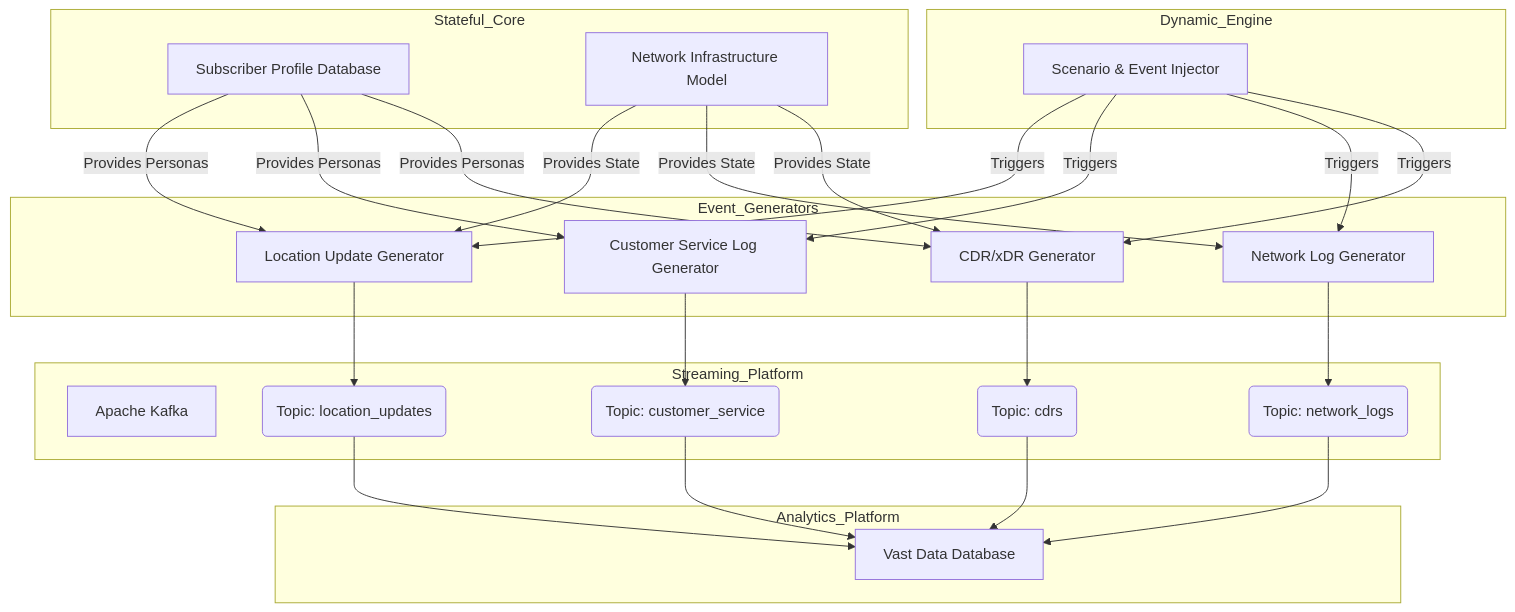
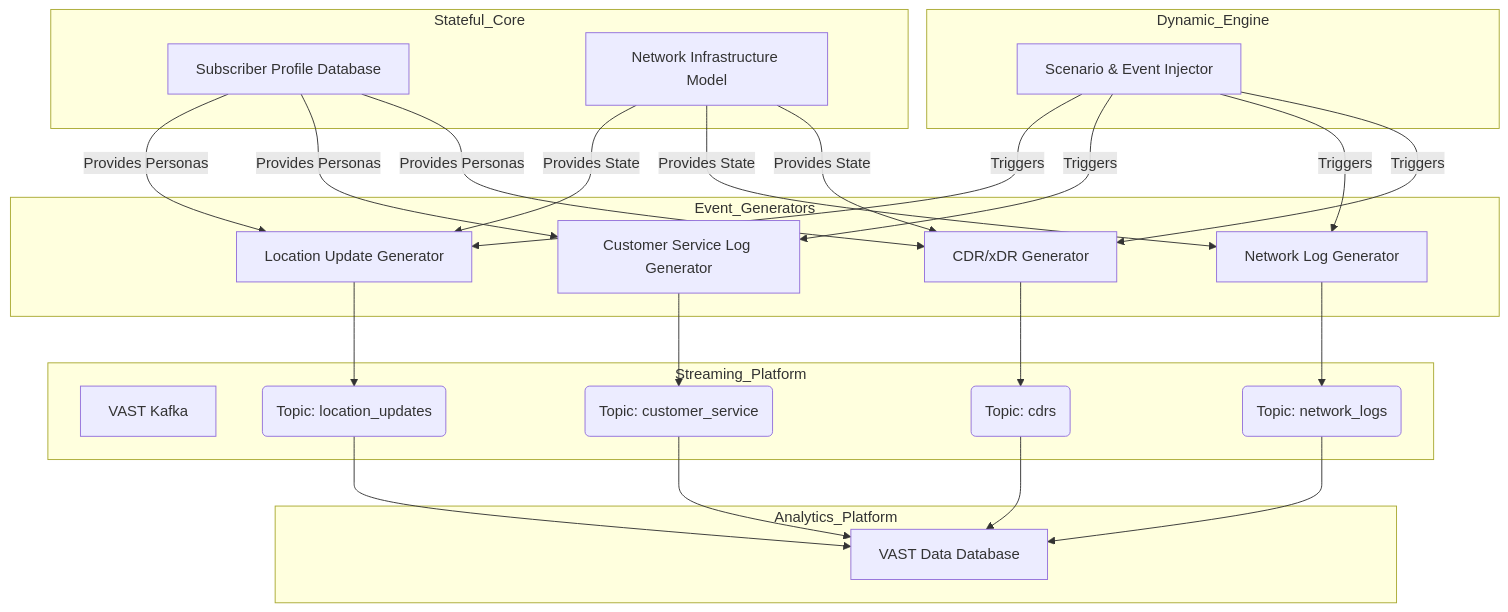
One commit to snowch/vast_cdr_analytics_demo changed the diagram in design.md. Above: the diagram before and after it, drawn with Mermaid.

````diff
--- a/design.md
+++ b/design.md
@@ -21,52 +21,52 @@
 ```mermaid
 graph TD
     subgraph Stateful_Core
         A[Subscriber Profile Database]
         B[Network Infrastructure Model]
     end
 
     subgraph Dynamic_Engine
         C[Scenario & Event Injector]
     end
 
     subgraph Event_Generators
         D[CDR/xDR Generator]
         E[Network Log Generator]
         F[Customer Service Log Generator]
         G[Location Update Generator]
     end
 
     subgraph Streaming_Platform
-        H[Apache Kafka]
+        H[VAST Kafka]
         H1(Topic: cdrs)
         H2(Topic: network_logs)
         H3(Topic: customer_service)
         H4(Topic: location_updates)
     end
 
     subgraph Analytics_Platform
-        I[Vast Data Database]
+        I[VAST Data Database]
     end
 
     C --Triggers--> D
     C --Triggers--> E
     C --Triggers--> F
     C --Triggers--> G
 
     A --Provides Personas--> D
     A --Provides Personas--> F
     A --Provides Personas--> G
     B --Provides State--> D
     B --Provides State--> E
     B --Provides State--> G
 
     D --> H1
     E --> H2
     F --> H3
     G --> H4
 
     H1 --> I
     H2 --> I
     H3 --> I
     H4 --> I
 ```
````
